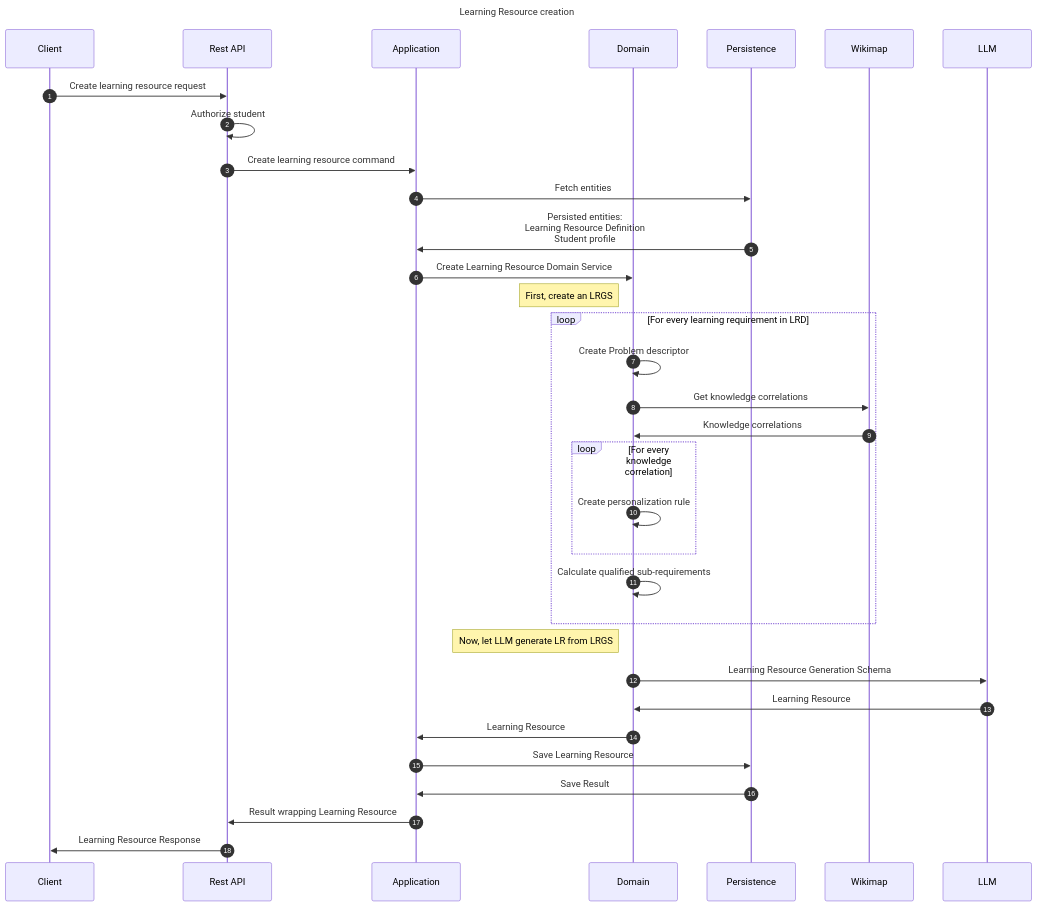
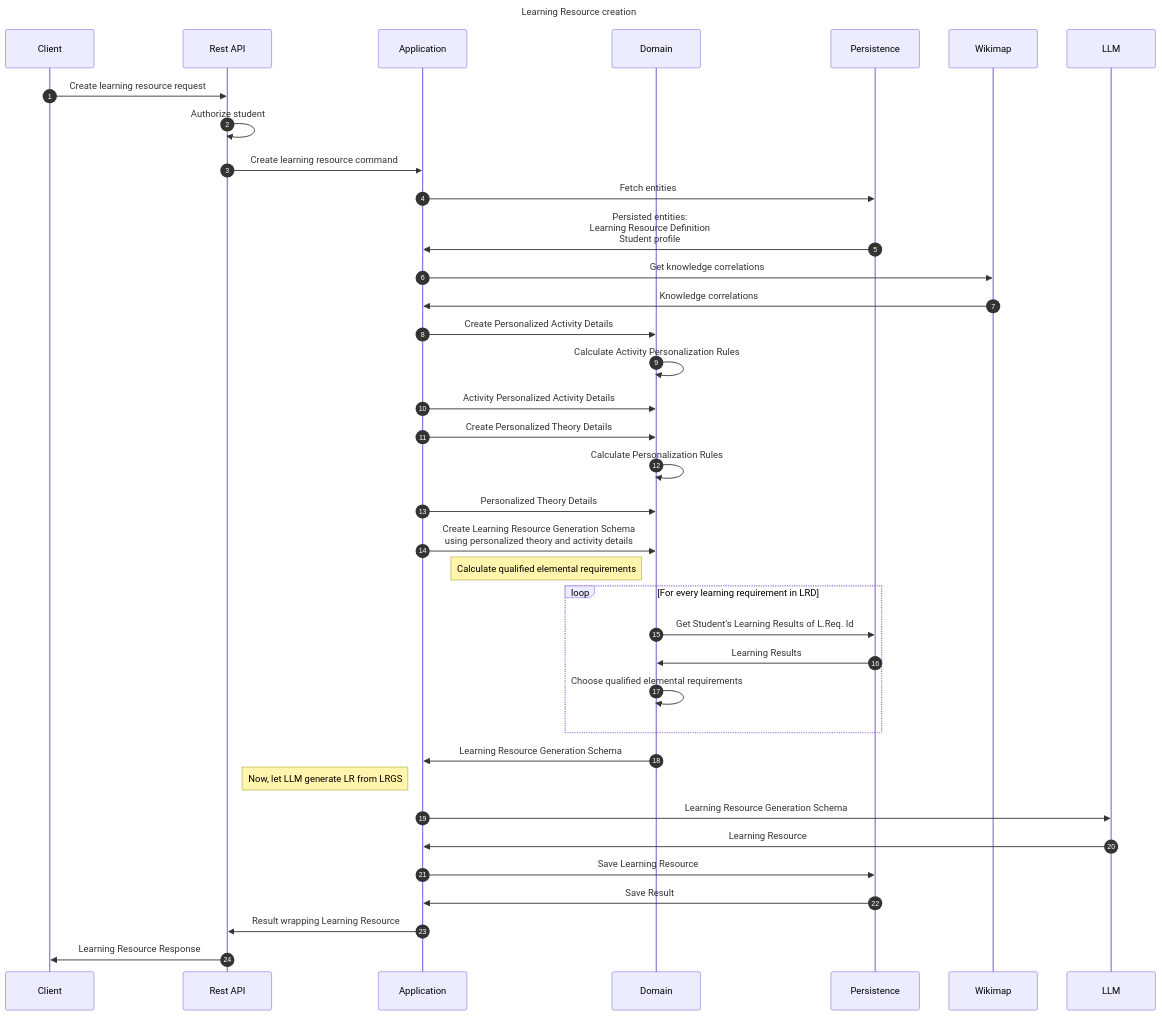
One commit to EdutieProject/edutie-backend changed the diagram in docs/edutie/flows/learning/learningresource/CreateLearningResource.md. Above: the diagram before and after it, drawn with Mermaid. The commit also changed other lines of this file, not shown here.

Commit message:
Change doc of CreateLearningResource.md

````diff
--- a/docs/edutie/flows/learning/learningresource/CreateLearningResource.md
+++ b/docs/edutie/flows/learning/learningresource/CreateLearningResource.md
@@ -7,39 +7,43 @@
 ```mermaid
 ---
 title: Learning Resource creation
 ---
 sequenceDiagram
     participant Client
     participant Rest API
     participant Application
     participant Domain
     participant Persistence
     participant Wikimap
     participant LLM
     autonumber
     Client ->> Rest API: Create learning resource request
     Rest API ->> Rest API: Authorize student
     Rest API ->> Application: Create learning resource command
     Application ->> Persistence: Fetch entities
     Persistence ->> Application: Persisted entities:<br/>Learning Resource Definition<br/>Student profile
-    Application ->> Domain: Create Learning Resource Domain Service
-    note left of Domain: First, create an LRGS
+    Application ->> Wikimap: Get knowledge correlations
+    Wikimap ->> Application: Knowledge correlations
+    Application ->> Domain: Create Personalized Activity Details
+    Domain ->> Domain: Calculate Activity Personalization Rules
+    Application ->> Domain: Activity Personalized Activity Details
+    Application ->> Domain: Create Personalized Theory Details
+    Domain ->> Domain: Calculate Personalization Rules
+    Application ->> Domain: Personalized Theory Details
+    Application ->> Domain: Create Learning Resource Generation Schema<br/>using personalized theory and activity details
+    note left of Domain: Calculate qualified elemental requirements
     loop For every learning requirement in LRD
-        Domain ->> Domain: Create Problem descriptor
-        Domain ->> Wikimap: Get knowledge correlations
-        Wikimap ->> Domain: Knowledge correlations
-        loop For every knowledge correlation
-            Domain ->> Domain: Create personalization rule
-        end
-        Domain ->> Domain: Calculate qualified sub-requirements
+        Domain ->> Persistence: Get Student's Learning Results of L.Req. Id
+        Persistence ->> Domain: Learning  Results
+        Domain ->> Domain: Choose qualified elemental requirements
     end
-    note left of Domain: Now, let LLM generate LR from LRGS
-    Domain ->> LLM: Learning Resource Generation Schema
-    LLM ->> Domain: Learning Resource
-    Domain ->> Application: Learning Resource
+    Domain ->> Application: Learning Resource Generation Schema
+    note left of Application: Now, let LLM generate LR from LRGS
+    Application ->> LLM: Learning Resource Generation Schema
+    LLM ->> Application: Learning Resource
     Application ->> Persistence: Save Learning Resource
     Persistence ->> Application: Save Result
     Application ->> Rest API: Result wrapping Learning Resource
     Rest API ->> Client: Learning Resource Response
 
 ```
````
